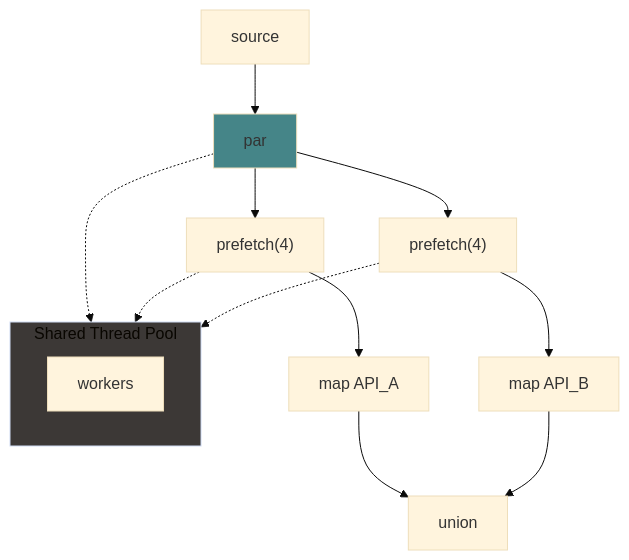
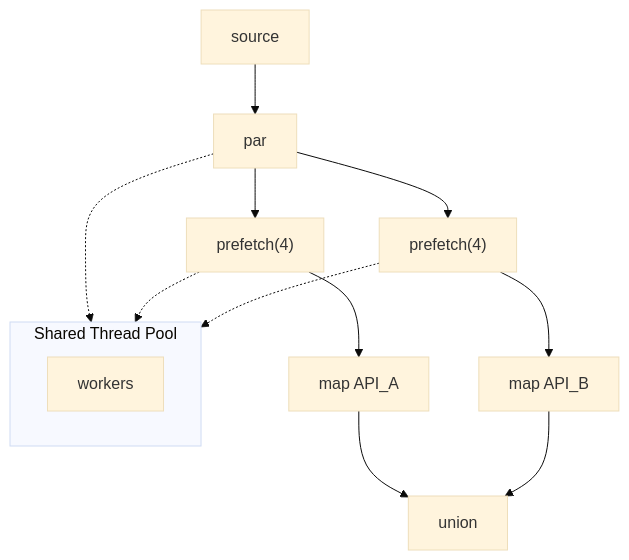
Before and after one commit to IsaacTay/akayu: the sixth of 9 diagrams in docs/features/concurrency.md, drawn with Mermaid (base theme). The commit also changed other lines of this file and 8 other files, not shown here.

````diff
--- a/docs/features/concurrency.md
+++ b/docs/features/concurrency.md
@@ -222,24 +220,21 @@
 ```mermaid
 flowchart TD
-    S[source] --> P[par]
+    S[source]:::source --> P[par]:::process
 
-    P --> PF1["prefetch(4)"]
-    P --> PF2["prefetch(4)"]
+    P --> PF1["prefetch(4)"]:::process
+    P --> PF2["prefetch(4)"]:::process
 
-    PF1 --> M1[map API_A]
-    PF2 --> M2[map API_B]
+    PF1 --> M1[map API_A]:::process
+    PF2 --> M2[map API_B]:::process
 
-    M1 --> U[union]
+    M1 --> U[union]:::process
     M2 --> U
 
     subgraph pool [Shared Thread Pool]
-        W["workers"]
+        W["workers"]:::process
     end
 
     P -.-> pool
     PF1 -.-> pool
     PF2 -.-> pool
-
-    style P fill:#458588
-    style pool fill:#3c3836
 ```
````
